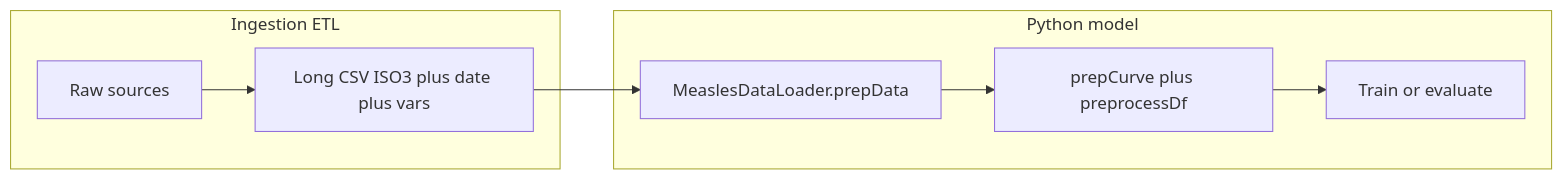
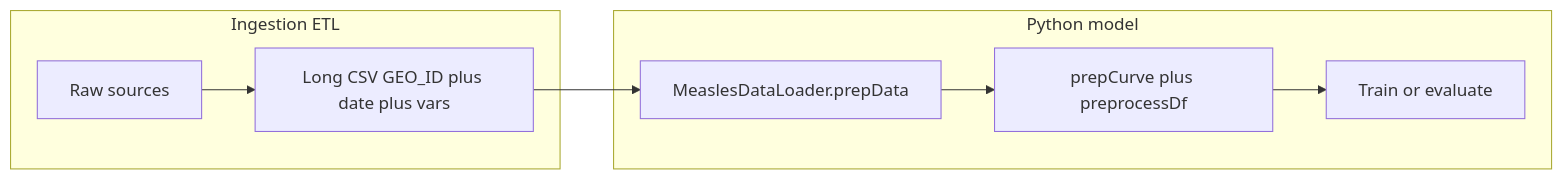
One commit to concentricbyginkgo/measles_forecasting changed the diagram in data_ingestion_pipeline/MODEL_INPUT_SCHEMA.md. Above: the diagram before and after it, drawn with Mermaid. The commit also changed other lines of this file and 12 other files, not shown here.

First line of the commit message:
Rename model-input geography column ISO3 to GEO_ID at script 7 export.

````diff
--- a/data_ingestion_pipeline/MODEL_INPUT_SCHEMA.md
+++ b/data_ingestion_pipeline/MODEL_INPUT_SCHEMA.md
@@ -17,16 +17,16 @@
 ```mermaid
 flowchart LR
   subgraph ingestion [Ingestion ETL]
     Raw[Raw sources]
-    Long[Long CSV ISO3 plus date plus vars]
+    Long[Long CSV GEO_ID plus date plus vars]
   end
   subgraph python_model [Python model]
     Loader[MeaslesDataLoader.prepData]
     Prep[prepCurve plus preprocessDf]
     Fit[Train or evaluate]
   end
   Raw --> Long
   Long --> Loader
   Loader --> Prep
   Prep --> Fit
 ```
````
